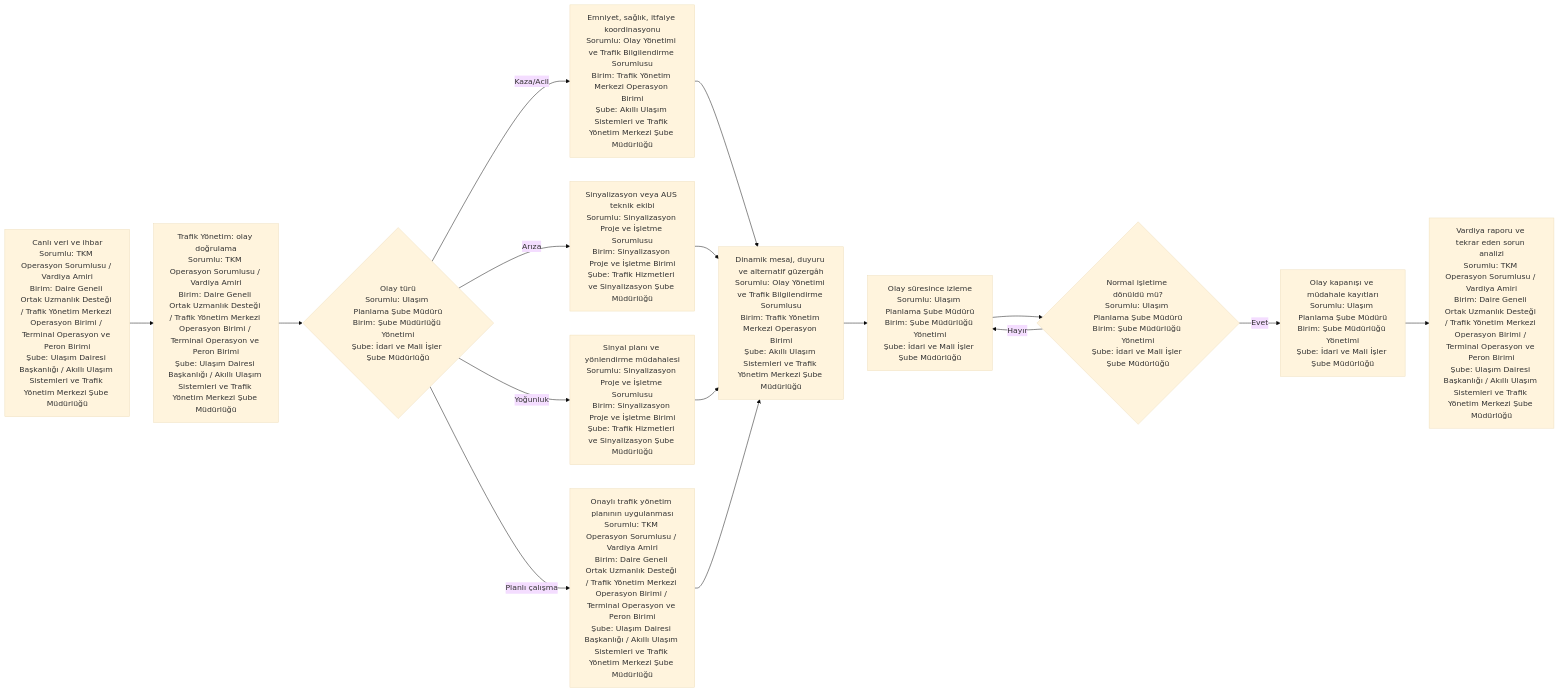
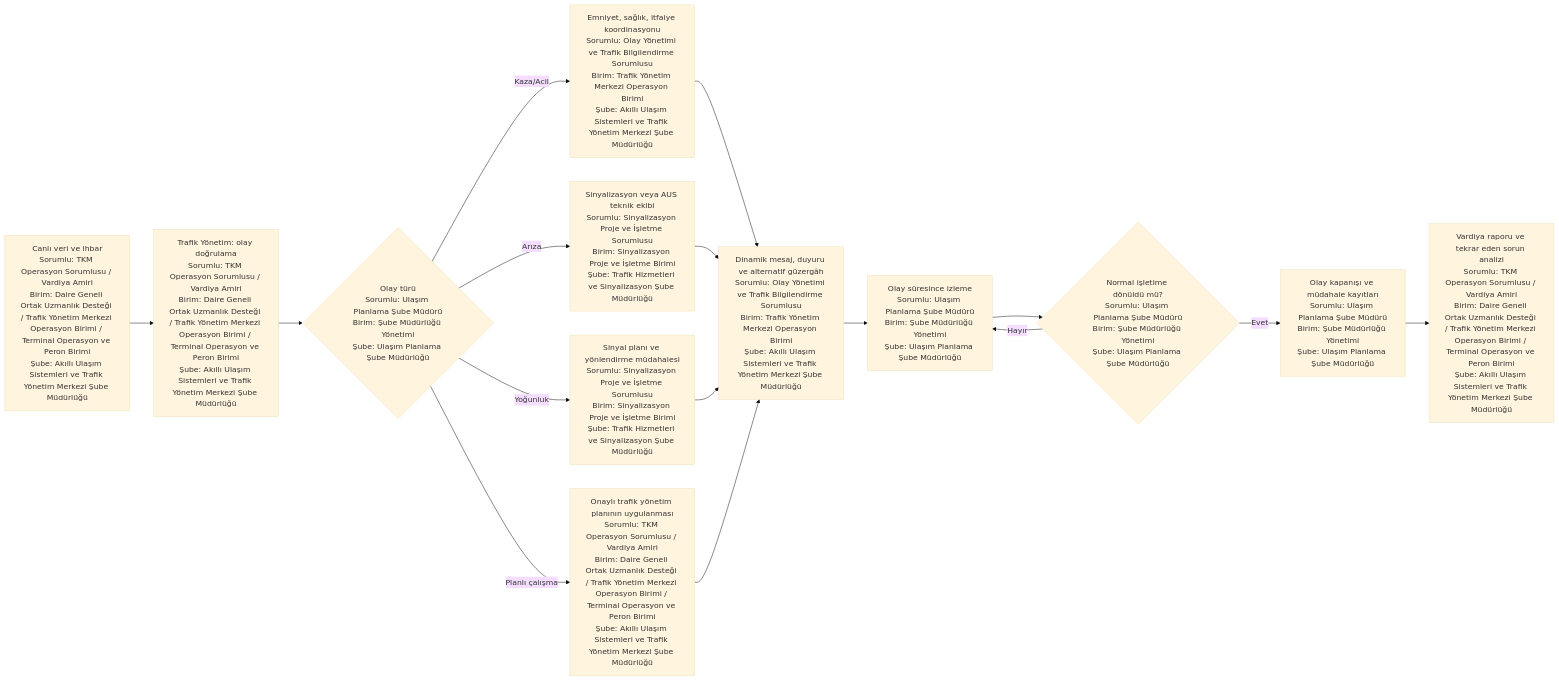
One commit to merdaergen-create/Ulasim_Dairesi_Is_Analizi changed the sixth of 6 diagrams in 15_yalin_surec_haritalari/trafik_planlama/README.md. Above: the diagram before and after it, drawn with Mermaid (base theme). The commit also changed other lines of this file and 8 other files, not shown here.

````diff
--- a/15_yalin_surec_haritalari/trafik_planlama/README.md
+++ b/15_yalin_surec_haritalari/trafik_planlama/README.md
@@ -226,18 +226,18 @@
 ```mermaid
 flowchart LR
-    A[Canlı veri ve ihbar<br/>Sorumlu: TKM Operasyon Sorumlusu / Vardiya Amiri<br/>Birim: Daire Geneli Ortak Uzmanlık Desteği / Trafik Yönetim Merkezi Operasyon Birimi / Terminal Operasyon ve Peron Birimi<br/>Şube: Ulaşım Dairesi Başkanlığı / Akıllı Ulaşım Sistemleri ve Trafik Yönetim Merkezi Şube Müdürlüğü] --> B[Trafik Yönetim: olay doğrulama<br/>Sorumlu: TKM Operasyon Sorumlusu / Vardiya Amiri<br/>Birim: Daire Geneli Ortak Uzmanlık Desteği / Trafik Yönetim Merkezi Operasyon Birimi / Terminal Operasyon ve Peron Birimi<br/>Şube: Ulaşım Dairesi Başkanlığı / Akıllı Ulaşım Sistemleri ve Trafik Yönetim Merkezi Şube Müdürlüğü]
-    B --> C{Olay türü<br/>Sorumlu: Ulaşım Planlama Şube Müdürü<br/>Birim: Şube Müdürlüğü Yönetimi<br/>Şube: İdari ve Mali İşler Şube Müdürlüğü}
+    A[Canlı veri ve ihbar<br/>Sorumlu: TKM Operasyon Sorumlusu / Vardiya Amiri<br/>Birim: Daire Geneli Ortak Uzmanlık Desteği / Trafik Yönetim Merkezi Operasyon Birimi / Terminal Operasyon ve Peron Birimi<br/>Şube: Akıllı Ulaşım Sistemleri ve Trafik Yönetim Merkezi Şube Müdürlüğü] --> B[Trafik Yönetim: olay doğrulama<br/>Sorumlu: TKM Operasyon Sorumlusu / Vardiya Amiri<br/>Birim: Daire Geneli Ortak Uzmanlık Desteği / Trafik Yönetim Merkezi Operasyon Birimi / Terminal Operasyon ve Peron Birimi<br/>Şube: Akıllı Ulaşım Sistemleri ve Trafik Yönetim Merkezi Şube Müdürlüğü]
+    B --> C{Olay türü<br/>Sorumlu: Ulaşım Planlama Şube Müdürü<br/>Birim: Şube Müdürlüğü Yönetimi<br/>Şube: Ulaşım Planlama Şube Müdürlüğü}
     C -- Kaza/Acil --> D[Emniyet, sağlık, itfaiye koordinasyonu<br/>Sorumlu: Olay Yönetimi ve Trafik Bilgilendirme Sorumlusu<br/>Birim: Trafik Yönetim Merkezi Operasyon Birimi<br/>Şube: Akıllı Ulaşım Sistemleri ve Trafik Yönetim Merkezi Şube Müdürlüğü]
     C -- Arıza --> E[Sinyalizasyon veya AUS teknik ekibi<br/>Sorumlu: Sinyalizasyon Proje ve İşletme Sorumlusu<br/>Birim: Sinyalizasyon Proje ve İşletme Birimi<br/>Şube: Trafik Hizmetleri ve Sinyalizasyon Şube Müdürlüğü]
     C -- Yoğunluk --> F[Sinyal planı ve yönlendirme müdahalesi<br/>Sorumlu: Sinyalizasyon Proje ve İşletme Sorumlusu<br/>Birim: Sinyalizasyon Proje ve İşletme Birimi<br/>Şube: Trafik Hizmetleri ve Sinyalizasyon Şube Müdürlüğü]
-    C -- Planlı çalışma --> G[Onaylı trafik yönetim planının uygulanması<br/>Sorumlu: TKM Operasyon Sorumlusu / Vardiya Amiri<br/>Birim: Daire Geneli Ortak Uzmanlık Desteği / Trafik Yönetim Merkezi Operasyon Birimi / Terminal Operasyon ve Peron Birimi<br/>Şube: Ulaşım Dairesi Başkanlığı / Akıllı Ulaşım Sistemleri ve Trafik Yönetim Merkezi Şube Müdürlüğü]
+    C -- Planlı çalışma --> G[Onaylı trafik yönetim planının uygulanması<br/>Sorumlu: TKM Operasyon Sorumlusu / Vardiya Amiri<br/>Birim: Daire Geneli Ortak Uzmanlık Desteği / Trafik Yönetim Merkezi Operasyon Birimi / Terminal Operasyon ve Peron Birimi<br/>Şube: Akıllı Ulaşım Sistemleri ve Trafik Yönetim Merkezi Şube Müdürlüğü]
     D --> H[Dinamik mesaj, duyuru ve alternatif güzergâh<br/>Sorumlu: Olay Yönetimi ve Trafik Bilgilendirme Sorumlusu<br/>Birim: Trafik Yönetim Merkezi Operasyon Birimi<br/>Şube: Akıllı Ulaşım Sistemleri ve Trafik Yönetim Merkezi Şube Müdürlüğü]
     E --> H
     F --> H
     G --> H
-    H --> I[Olay süresince izleme<br/>Sorumlu: Ulaşım Planlama Şube Müdürü<br/>Birim: Şube Müdürlüğü Yönetimi<br/>Şube: İdari ve Mali İşler Şube Müdürlüğü]
-    I --> J{Normal işletime dönüldü mü?<br/>Sorumlu: Ulaşım Planlama Şube Müdürü<br/>Birim: Şube Müdürlüğü Yönetimi<br/>Şube: İdari ve Mali İşler Şube Müdürlüğü}
+    H --> I[Olay süresince izleme<br/>Sorumlu: Ulaşım Planlama Şube Müdürü<br/>Birim: Şube Müdürlüğü Yönetimi<br/>Şube: Ulaşım Planlama Şube Müdürlüğü]
+    I --> J{Normal işletime dönüldü mü?<br/>Sorumlu: Ulaşım Planlama Şube Müdürü<br/>Birim: Şube Müdürlüğü Yönetimi<br/>Şube: Ulaşım Planlama Şube Müdürlüğü}
     J -- Hayır --> I
-    J -- Evet --> K[Olay kapanışı ve müdahale kayıtları<br/>Sorumlu: Ulaşım Planlama Şube Müdürü<br/>Birim: Şube Müdürlüğü Yönetimi<br/>Şube: İdari ve Mali İşler Şube Müdürlüğü]
-    K --> L[Vardiya raporu ve tekrar eden sorun analizi<br/>Sorumlu: TKM Operasyon Sorumlusu / Vardiya Amiri<br/>Birim: Daire Geneli Ortak Uzmanlık Desteği / Trafik Yönetim Merkezi Operasyon Birimi / Terminal Operasyon ve Peron Birimi<br/>Şube: Ulaşım Dairesi Başkanlığı / Akıllı Ulaşım Sistemleri ve Trafik Yönetim Merkezi Şube Müdürlüğü]
+    J -- Evet --> K[Olay kapanışı ve müdahale kayıtları<br/>Sorumlu: Ulaşım Planlama Şube Müdürü<br/>Birim: Şube Müdürlüğü Yönetimi<br/>Şube: Ulaşım Planlama Şube Müdürlüğü]
+    K --> L[Vardiya raporu ve tekrar eden sorun analizi<br/>Sorumlu: TKM Operasyon Sorumlusu / Vardiya Amiri<br/>Birim: Daire Geneli Ortak Uzmanlık Desteği / Trafik Yönetim Merkezi Operasyon Birimi / Terminal Operasyon ve Peron Birimi<br/>Şube: Akıllı Ulaşım Sistemleri ve Trafik Yönetim Merkezi Şube Müdürlüğü]
 ```
````
